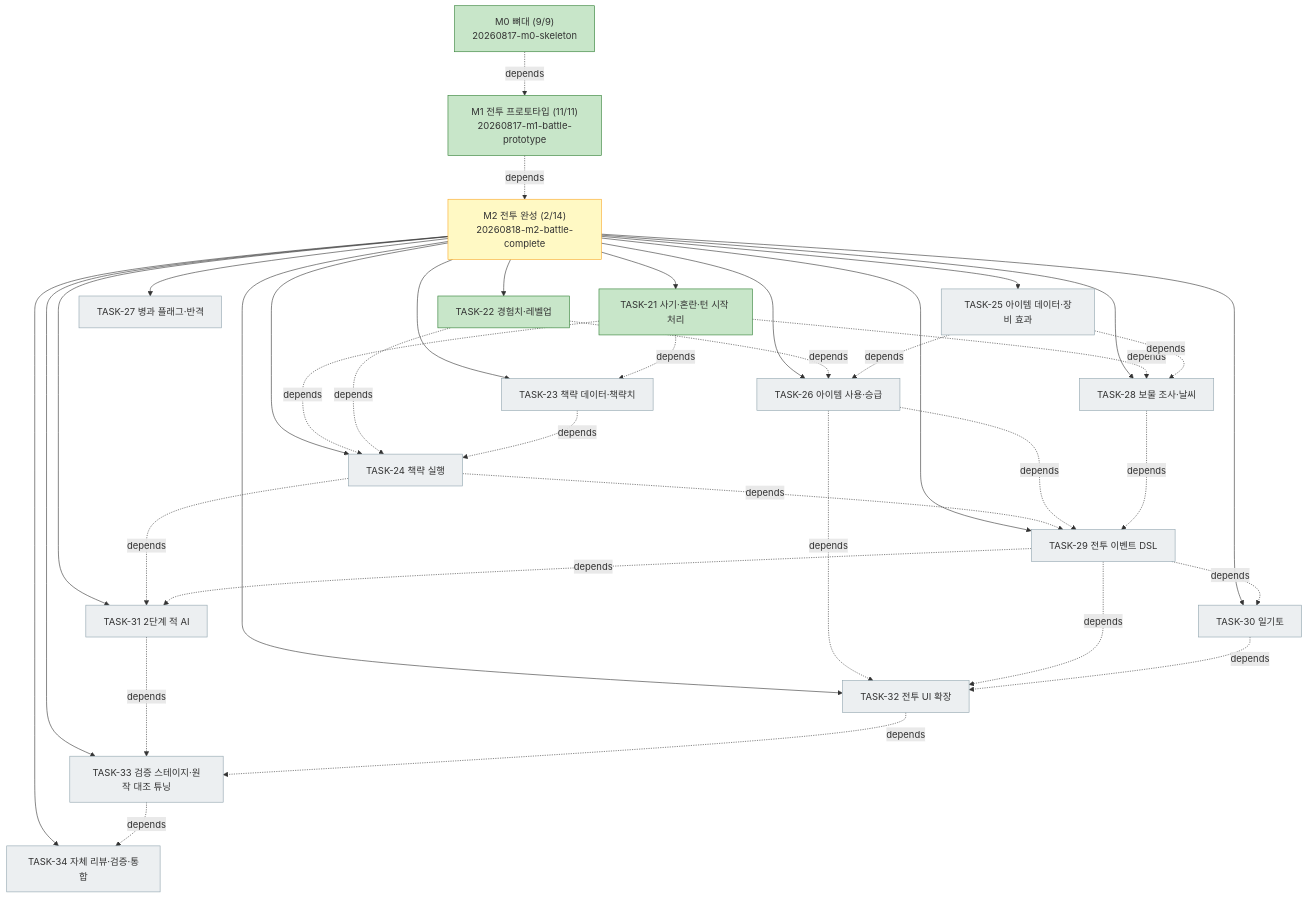
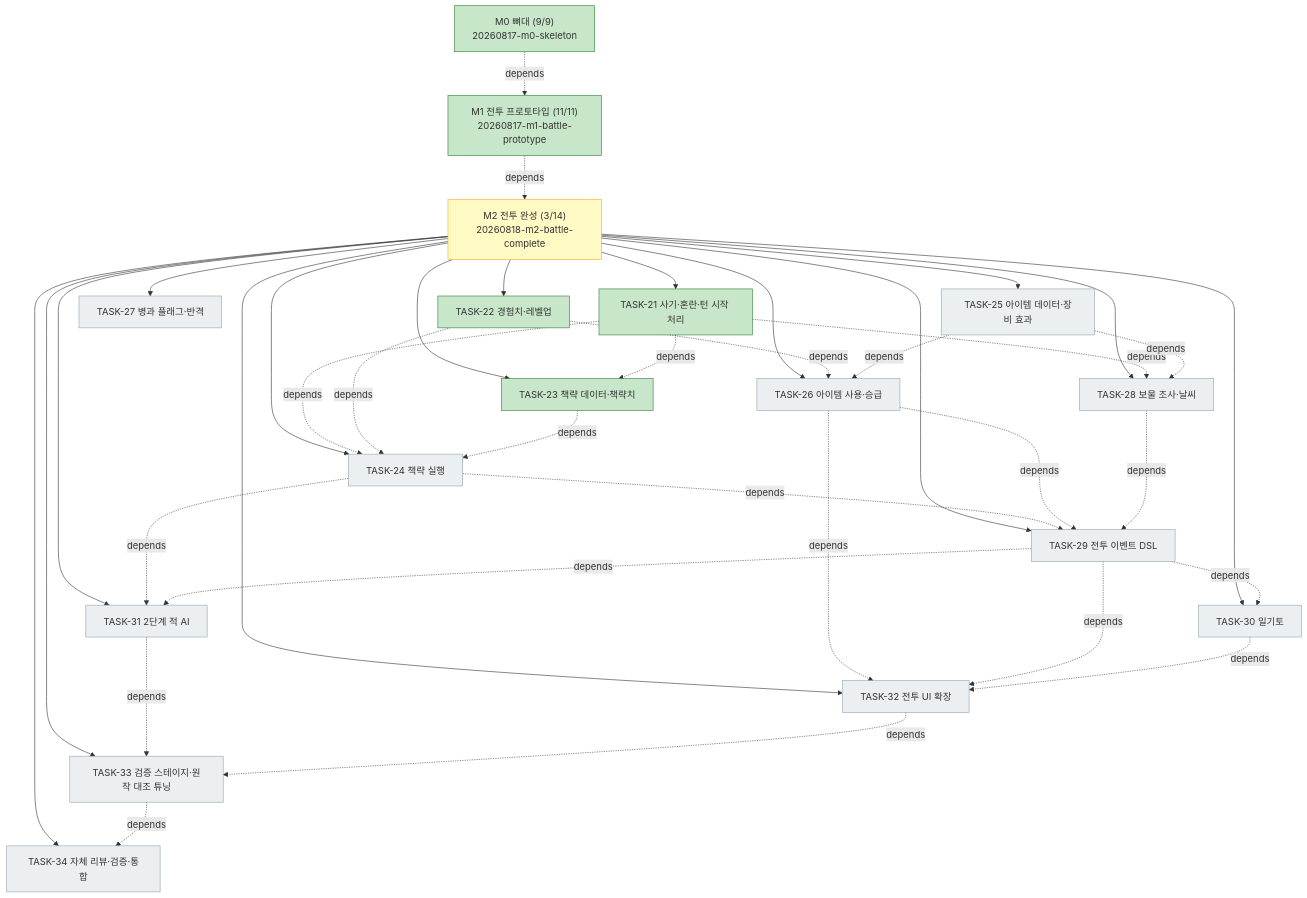
One commit to bluesky5008/HERO changed the diagram in docs/plan.md. Above: the diagram before and after it, drawn with Mermaid. The commit also changed other lines of this file and 20 other files, not shown here.

First line of the commit message:
feat(m2): TASK-23 — 책략 데이터 계약과 책략치(MP)

````diff
--- a/docs/plan.md
+++ b/docs/plan.md
@@ -77,46 +77,46 @@
 ```mermaid
 flowchart TD
     M0["M0 뼈대 (9/9)<br/>20260817-m0-skeleton"]:::done
     M1["M1 전투 프로토타입 (11/11)<br/>20260817-m1-battle-prototype"]:::done
-    M2["M2 전투 완성 (2/14)<br/>20260818-m2-battle-complete"]:::active
+    M2["M2 전투 완성 (3/14)<br/>20260818-m2-battle-complete"]:::active
     M0 -. depends .-> M1
     M1 -. depends .-> M2
     M2 --> T21["TASK-21 사기·혼란·턴 시작 처리"]:::done
     M2 --> T22["TASK-22 경험치·레벨업"]:::done
-    M2 --> T23["TASK-23 책략 데이터·책략치"]:::todo
+    M2 --> T23["TASK-23 책략 데이터·책략치"]:::done
     M2 --> T24["TASK-24 책략 실행"]:::todo
     M2 --> T25["TASK-25 아이템 데이터·장비 효과"]:::todo
     M2 --> T26["TASK-26 아이템 사용·승급"]:::todo
     M2 --> T27["TASK-27 병과 플래그·반격"]:::todo
     M2 --> T28["TASK-28 보물 조사·날씨"]:::todo
     M2 --> T29["TASK-29 전투 이벤트 DSL"]:::todo
     M2 --> T30["TASK-30 일기토"]:::todo
     M2 --> T31["TASK-31 2단계 적 AI"]:::todo
     M2 --> T32["TASK-32 전투 UI 확장"]:::todo
     M2 --> T33["TASK-33 검증 스테이지·원작 대조 튜닝"]:::todo
     M2 --> T34["TASK-34 자체 리뷰·검증·통합"]:::todo
     T21 -. depends .-> T23
     T21 -. depends .-> T24
     T22 -. depends .-> T24
     T23 -. depends .-> T24
     T22 -. depends .-> T26
     T25 -. depends .-> T26
     T21 -. depends .-> T28
     T25 -. depends .-> T28
     T24 -. depends .-> T29
     T26 -. depends .-> T29
     T28 -. depends .-> T29
     T29 -. depends .-> T30
     T24 -. depends .-> T31
     T29 -. depends .-> T31
     T26 -. depends .-> T32
     T29 -. depends .-> T32
     T30 -. depends .-> T32
     T31 -. depends .-> T33
     T32 -. depends .-> T33
     T33 -. depends .-> T34
     classDef done fill:#c8e6c9,stroke:#2e7d32
     classDef active fill:#fff9c4,stroke:#f9a825
     classDef todo fill:#eceff1,stroke:#90a4ae
     classDef gate fill:#ffcdd2,stroke:#c62828
 ```
````
